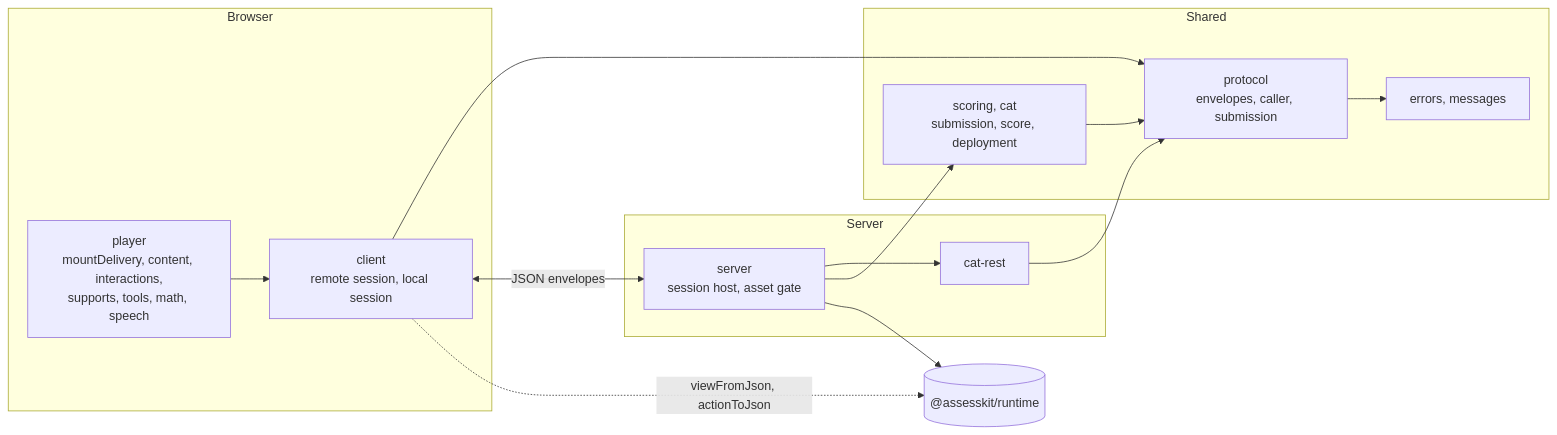
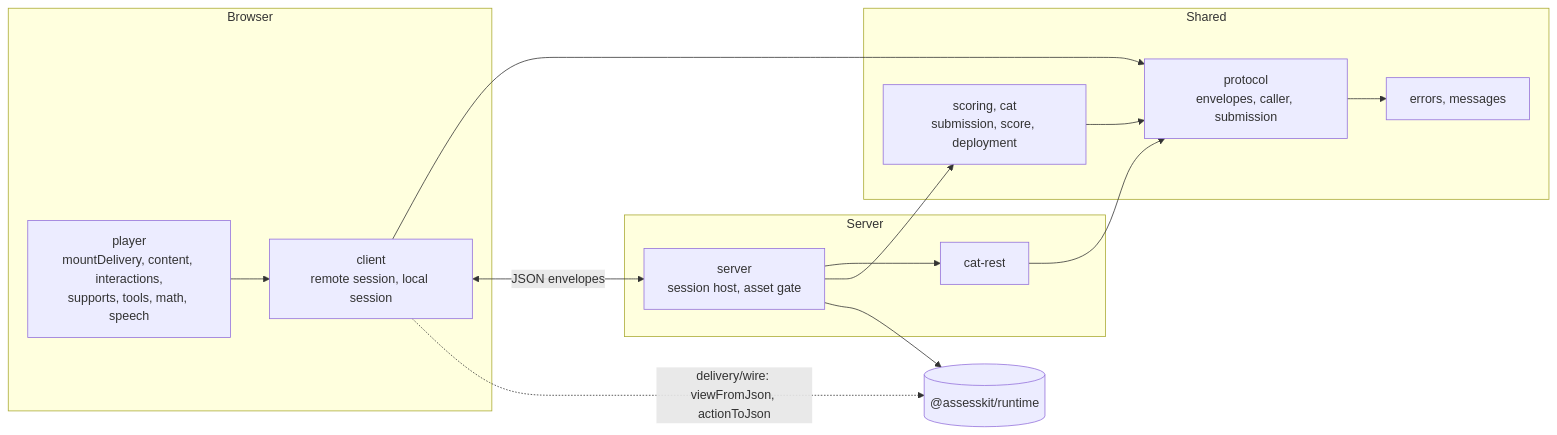
One commit to assesskit/assesskit changed the diagram in packages/player/README.md. Above: the diagram before and after it, drawn with Mermaid. The commit also changed 28 other files, not shown here.

````diff
--- a/packages/player/README.md
+++ b/packages/player/README.md
@@ -9,24 +9,24 @@
 ```mermaid
 flowchart LR
   subgraph browser["Browser"]
     player["player<br/>mountDelivery, content, interactions,<br/>supports, tools, math, speech"]
     client["client<br/>remote session, local session"]
   end
   subgraph shared["Shared"]
     protocol["protocol<br/>envelopes, caller, submission"]
     practice["scoring, cat<br/>submission, score, deployment"]
     base["errors, messages"]
   end
   subgraph server["Server"]
     host["server<br/>session host, asset gate"]
     integrations["cat-rest"]
   end
   runtime[("@assesskit/runtime")]
   player --> client --> protocol
   client <-->|"JSON envelopes"| host
   host --> integrations --> protocol
   host --> practice --> protocol
   protocol --> base
   host --> runtime
-  client -.->|"viewFromJson, actionToJson"| runtime
+  client -.->|"delivery/wire: viewFromJson, actionToJson"| runtime
 ```
````
